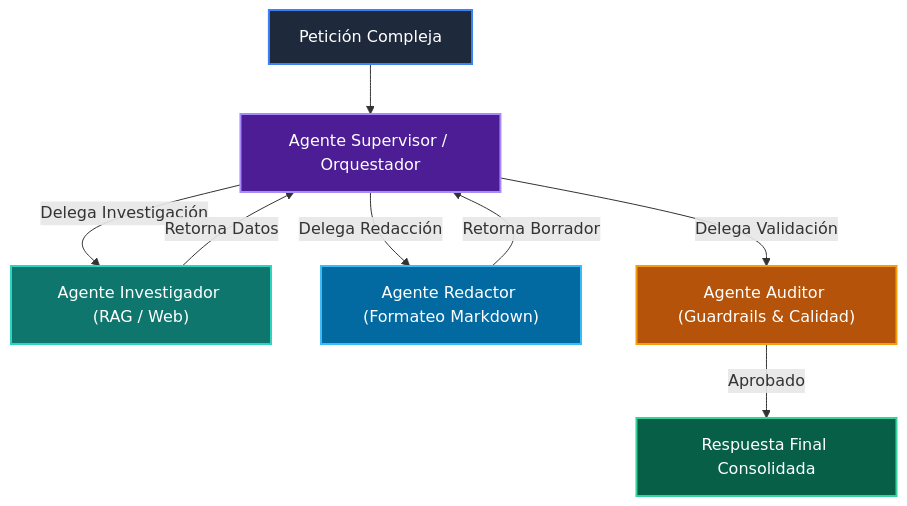
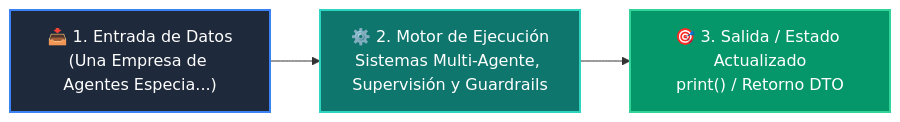
Before and after one commit to wisrovi/wisrovi-python: the diagram in 03-agentes-ia/clase-08-sistemas-multi-agente/README.md, drawn with Mermaid. The commit also changed other lines of this file and 54 other files, not shown here.

Commit message:
refactor: clean repository root by moving maintenance scripts to scripts/ and restore rich high-contrast Mermaid diagrams for all classes and examples

````diff
--- a/03-agentes-ia/clase-08-sistemas-multi-agente/README.md
+++ b/03-agentes-ia/clase-08-sistemas-multi-agente/README.md
@@ -12,17 +12,9 @@
 ```mermaid
-flowchart TD
-    USER["Petición Compleja"] --> SUP["Agente Supervisor / Orquestador"]
-    SUP -->|Delega Investigación| AG1["Agente Investigador (RAG / Web)"]
-    AG1 -->|Retorna Datos| SUP
-    SUP -->|Delega Redacción| AG2["Agente Redactor (Formateo Markdown)"]
-    AG2 -->|Retorna Borrador| SUP
-    SUP -->|Delega Validación| AG3["Agente Auditor (Guardrails & Calidad)"]
-    AG3 -->|Aprobado| OUT["Respuesta Final Consolidada"]
+flowchart LR
+    A["📥 1. Entrada de Datos<br/>(Una Empresa de Agentes Especia...)"] --> B["⚙️ 2. Motor de Ejecución<br/>Sistemas Multi-Agente, Supervisión y Guardrails"]
+    B --> C["🎯 3. Salida / Estado Actualizado<br/>print() / Retorno DTO"]
 
-    style USER fill:#1e293b,color:#fff,stroke:#3b82f6,stroke-width:2px
-    style SUP fill:#4c1d95,color:#fff,stroke:#a78bfa,stroke-width:2px
-    style AG1 fill:#0f766e,color:#fff,stroke:#2dd4bf,stroke-width:2px
-    style AG2 fill:#0369a1,color:#fff,stroke:#38bdf8,stroke-width:2px
-    style AG3 fill:#b45309,color:#fff,stroke:#f59e0b,stroke-width:2px
-    style OUT fill:#065f46,color:#fff,stroke:#34d399,stroke-width:2px
+    style A fill:#1e293b,color:#ffffff,stroke:#3b82f6,stroke-width:2px
+    style B fill:#0f766e,color:#ffffff,stroke:#2dd4bf,stroke-width:2px
+    style C fill:#059669,color:#ffffff,stroke:#34d399,stroke-width:2px
 ```
````
